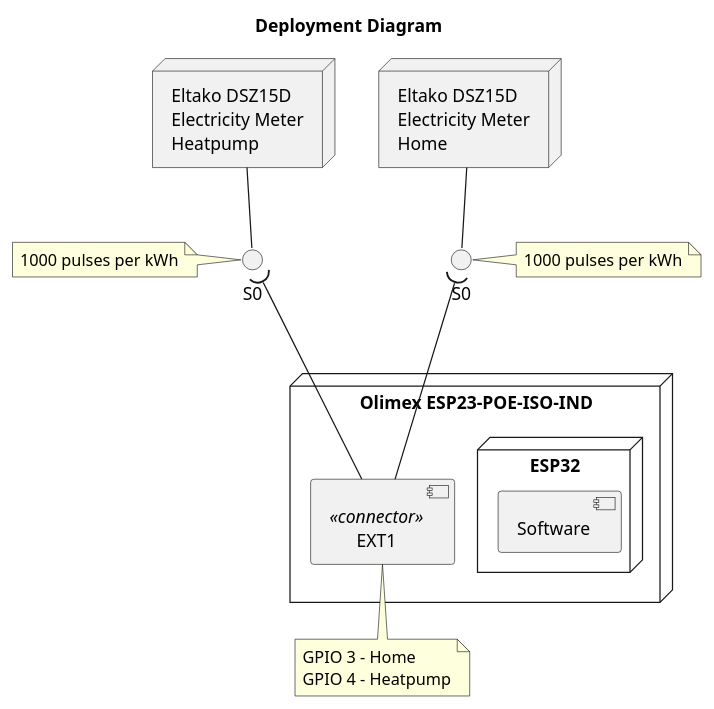
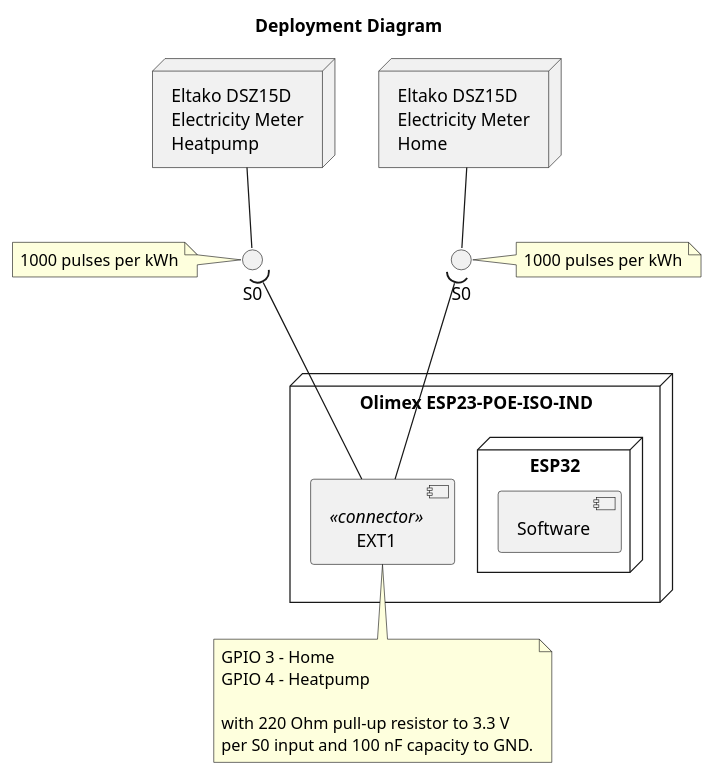
Before and after one commit to BlueAndi/smartmeter: the diagram in doc/sw-architecture/deployment_diagram.puml, drawn with PlantUML.

Commit message:
Information added regarding s0 input electronic parts.

```diff
--- a/doc/sw-architecture/deployment_diagram.puml
+++ b/doc/sw-architecture/deployment_diagram.puml
@@ -1,39 +1,42 @@
 @startuml deployment_diagram
 
 title Deployment Diagram
 
 node "Olimex ESP23-POE-ISO-IND" {
 
     node "ESP32" as esp32 {
         component "Software" as sw
     }
 
     component "EXT1" as ext1 <<connector>>
 }
 
 node "Eltako DSZ15D\nElectricity Meter\nHome" as emeterHome
 node "Eltako DSZ15D\nElectricity Meter\nHeatpump" as emeterHeatpump
 
 interface "S0" as s0Home
 interface "S0" as s0Heatpump
 
 emeterHome -- s0Home
 emeterHeatpump -- s0Heatpump
 
 s0Home )--- ext1
 s0Heatpump )--- ext1
 
 note right of s0Home
     1000 pulses per kWh
 end note
 
 note left of s0Heatpump
     1000 pulses per kWh
 end note
 
 note bottom of ext1
     GPIO 3 - Home
     GPIO 4 - Heatpump
+
+    with 220 Ohm pull-up resistor to 3.3 V
+    per S0 input and 100 nF capacity to GND.
 end note
 
 @enduml
```
